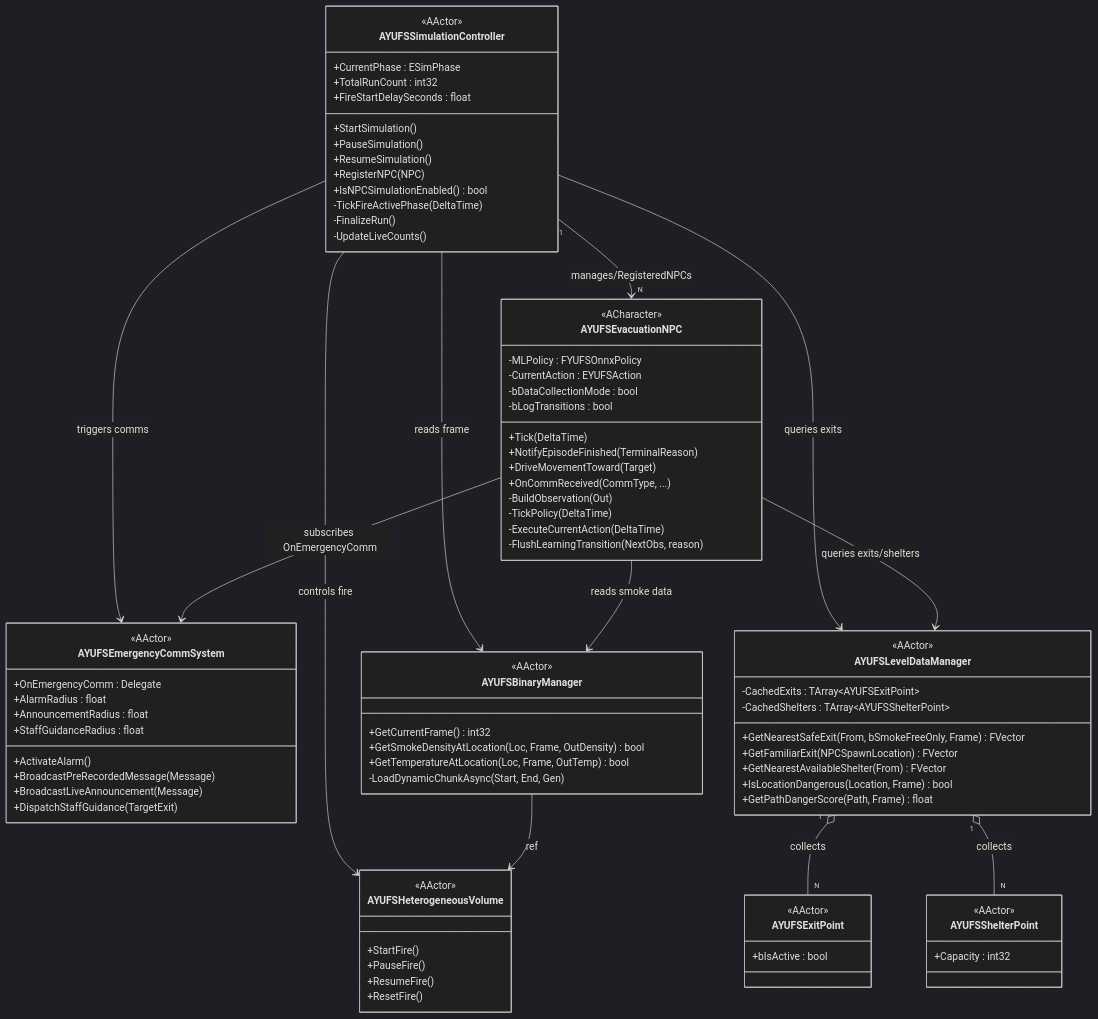
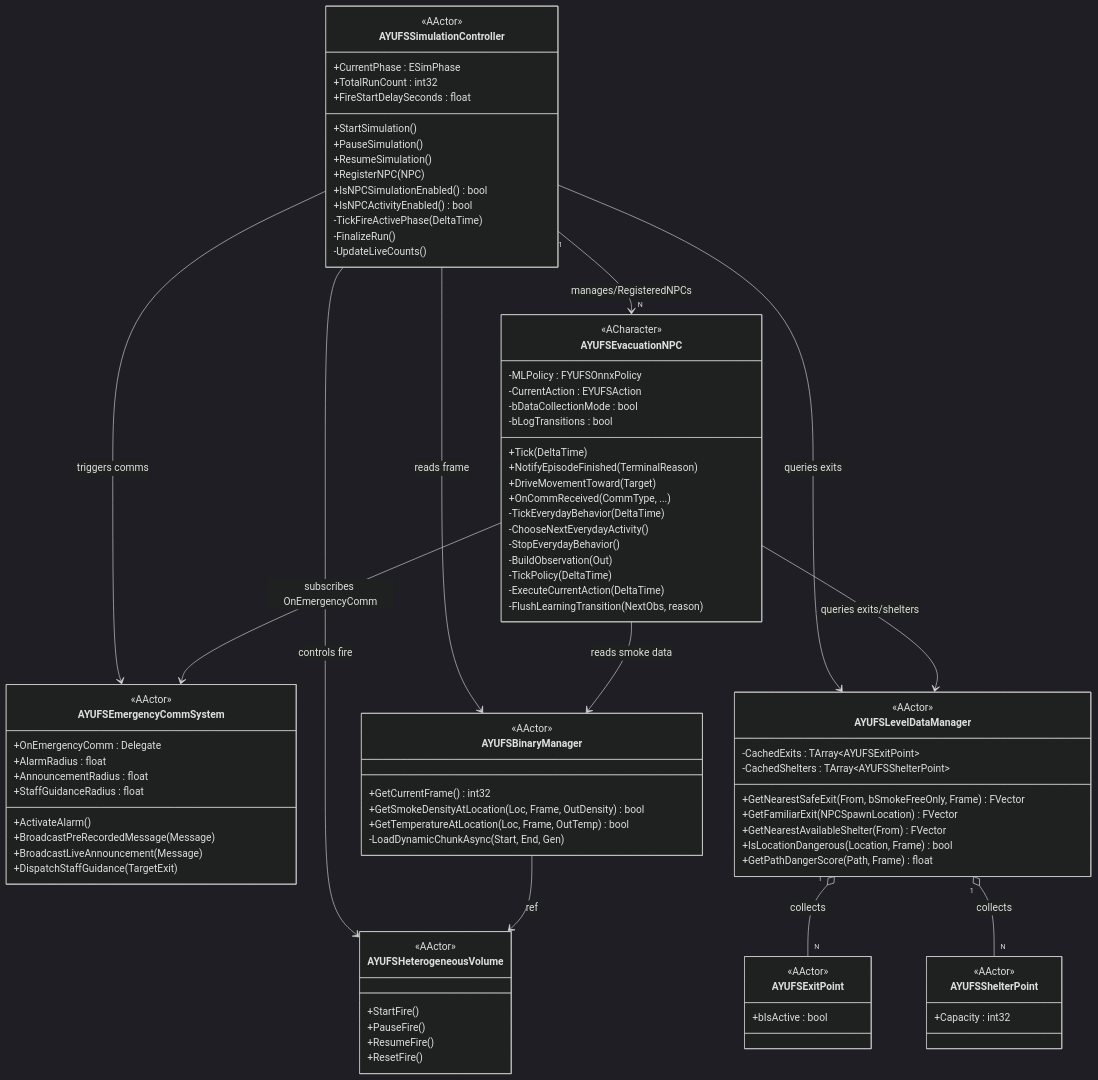
Before and after one commit to YOON-JAEYEONG/Fire-Simulation: the first of 8 diagrams in YUFS/Docs/ARCHITECTURE.md, drawn with Mermaid (dark theme). The commit also changed other lines of this file and 1917 other files, not shown here.

```diff
--- a/YUFS/Docs/ARCHITECTURE.md
+++ b/YUFS/Docs/ARCHITECTURE.md
@@ -20,6 +20,7 @@
         +ResumeSimulation()
         +RegisterNPC(NPC)
         +IsNPCSimulationEnabled() bool
+        +IsNPCActivityEnabled() bool
         -TickFireActivePhase(DeltaTime)
         -FinalizeRun()
         -UpdateLiveCounts()
@@ -35,6 +36,9 @@
         +NotifyEpisodeFinished(TerminalReason)
         +DriveMovementToward(Target)
         +OnCommReceived(CommType, ...)
+        -TickEverydayBehavior(DeltaTime)
+        -ChooseNextEverydayActivity()
+        -StopEverydayBehavior()
         -BuildObservation(Out)
         -TickPolicy(DeltaTime)
         -ExecuteCurrentAction(DeltaTime)
```
